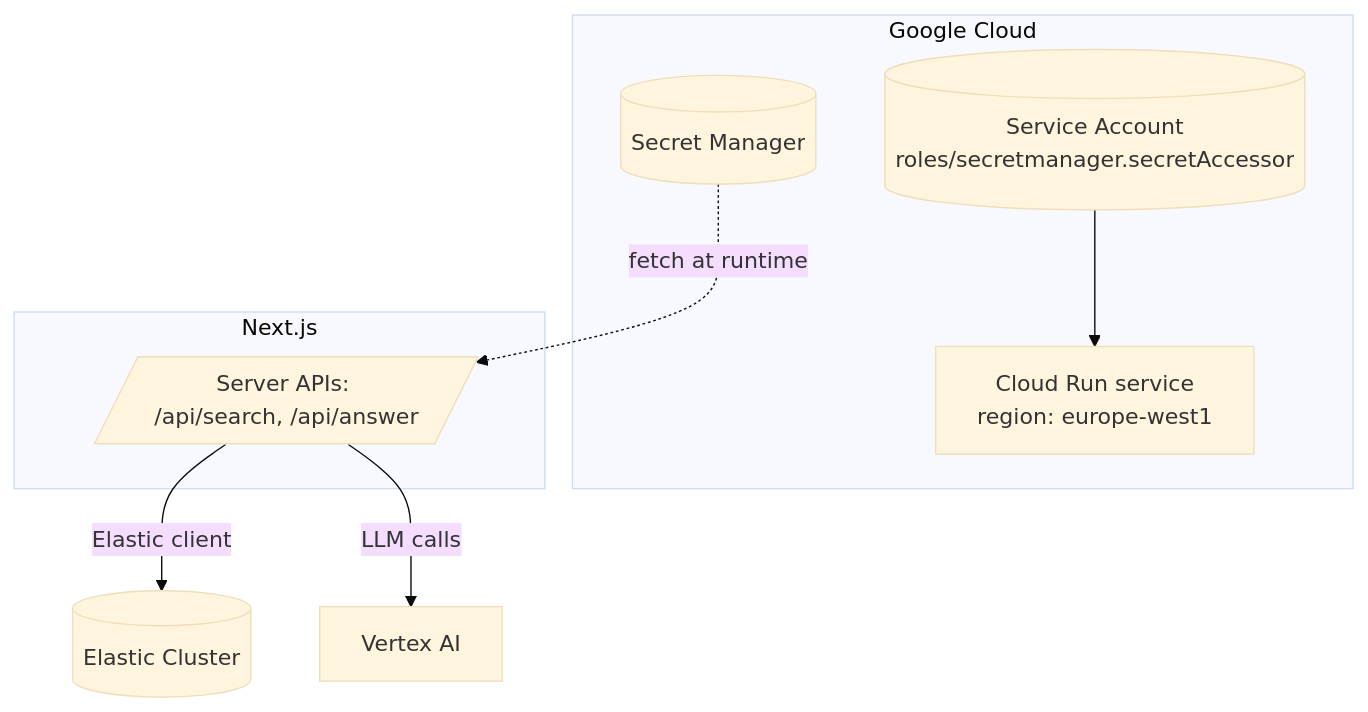
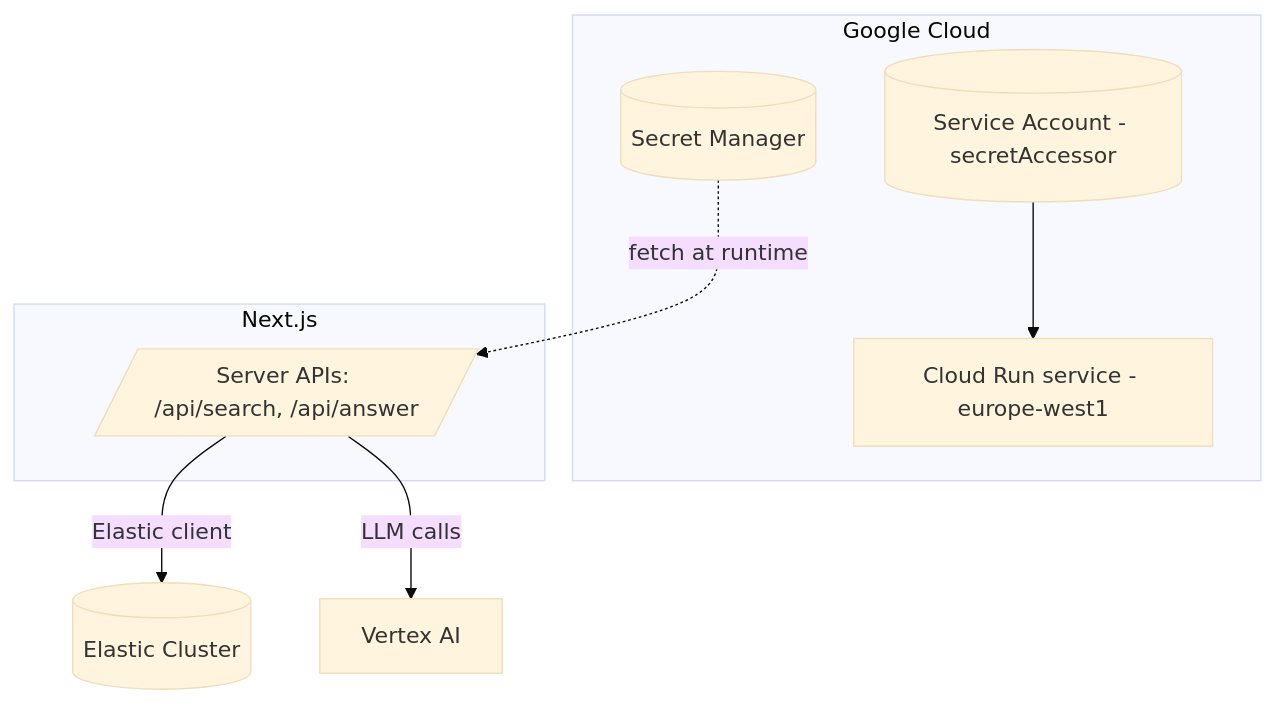
The second of 3 diagrams in README.md (pixjobs/mindsieve), drawn with Mermaid (base theme) before and after one commit. The commit also changed other lines of this file, not shown here.

````diff
--- a/README.md
+++ b/README.md
@@ -48,15 +24,15 @@
 ```mermaid
 flowchart TB
   subgraph Cloud [Google Cloud]
     SM[(Secret Manager)]
-    CR[Cloud Run service<br/>region: europe-west1]
-    SA[(Service Account<br/>roles/secretmanager.secretAccessor)]
+    CR[Cloud Run service - europe-west1]
+    SA[(Service Account - secretAccessor)]
   end
   subgraph App [Next.js]
     API[/Server APIs: /api/search, /api/answer/]
   end
   SA --> CR
   SM -. fetch at runtime .-> API
   API -->|Elastic client| ES[(Elastic Cluster)]
   API -->|LLM calls| G[Vertex AI]
 ```
````
